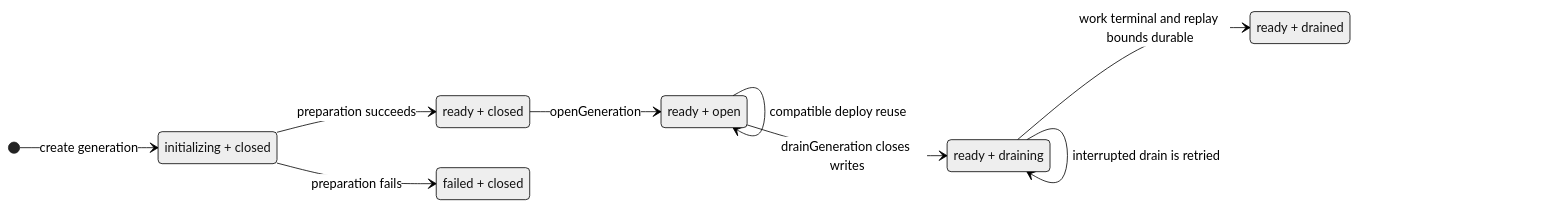
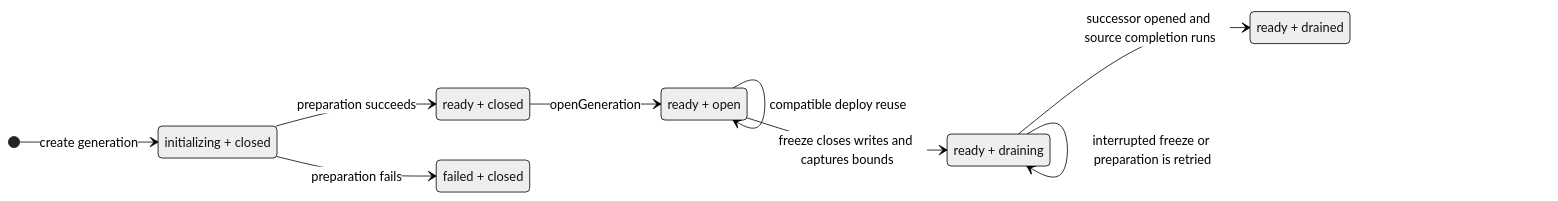
Before and after one commit to morgs32/qrk.sh: the second of 2 diagrams in wiki/architecture/DeploySystem.md, drawn with Mermaid (neutral theme). The commit also changed other lines of this file and 469 other files, not shown here.

````diff
--- a/wiki/architecture/DeploySystem.md
+++ b/wiki/architecture/DeploySystem.md
@@ -250,20 +393,20 @@
 ```mermaid
 stateDiagram-v2
   direction LR
 
   state "initializing + closed" as Initializing
   state "ready + closed" as Prepared
   state "ready + open" as Open
   state "ready + draining" as Draining
   state "ready + drained" as Drained
   state "failed + closed" as Failed
 
   [*] --> Initializing: create generation
   Initializing --> Prepared: preparation succeeds
   Initializing --> Failed: preparation fails
   Prepared --> Open: openGeneration
   Open --> Open: compatible deploy reuse
-  Open --> Draining: drainGeneration closes writes
-  Draining --> Draining: interrupted drain is retried
-  Draining --> Drained: work terminal and replay bounds durable
+  Open --> Draining: freeze closes writes and captures bounds
+  Draining --> Draining: interrupted freeze or preparation is retried
+  Draining --> Drained: successor opened and source completion runs
 ```
````
